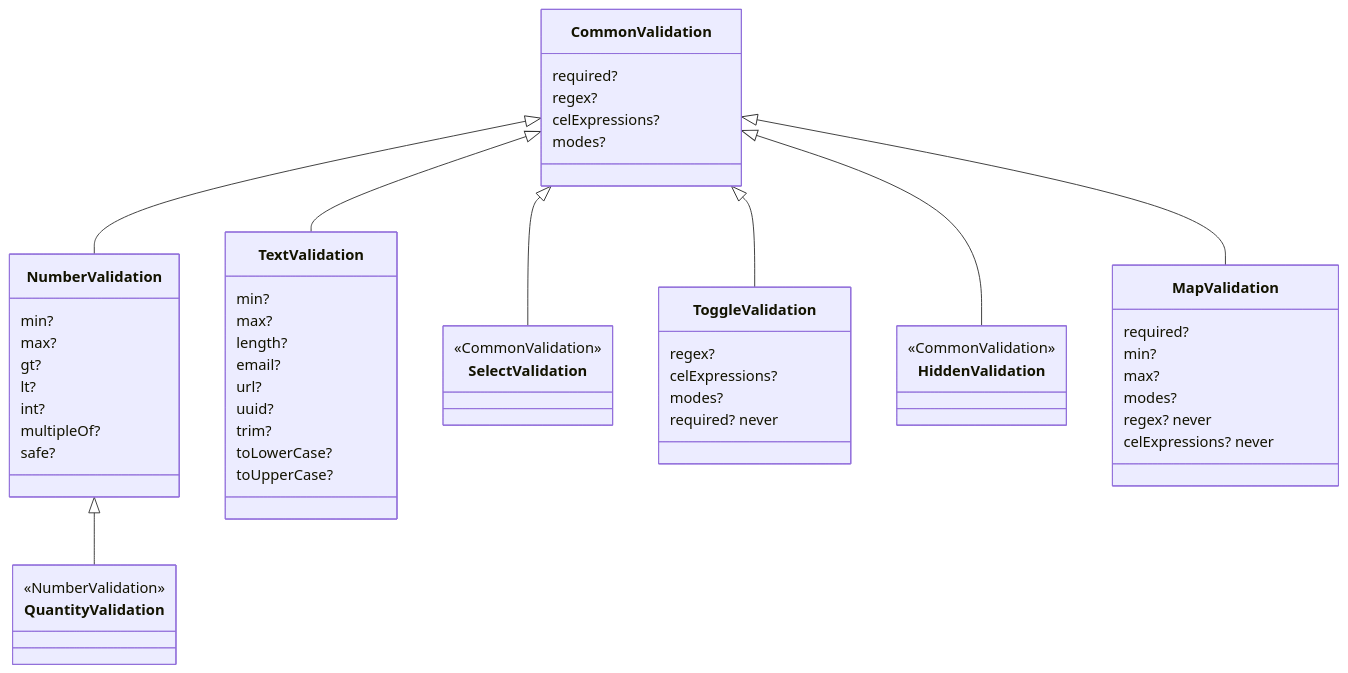
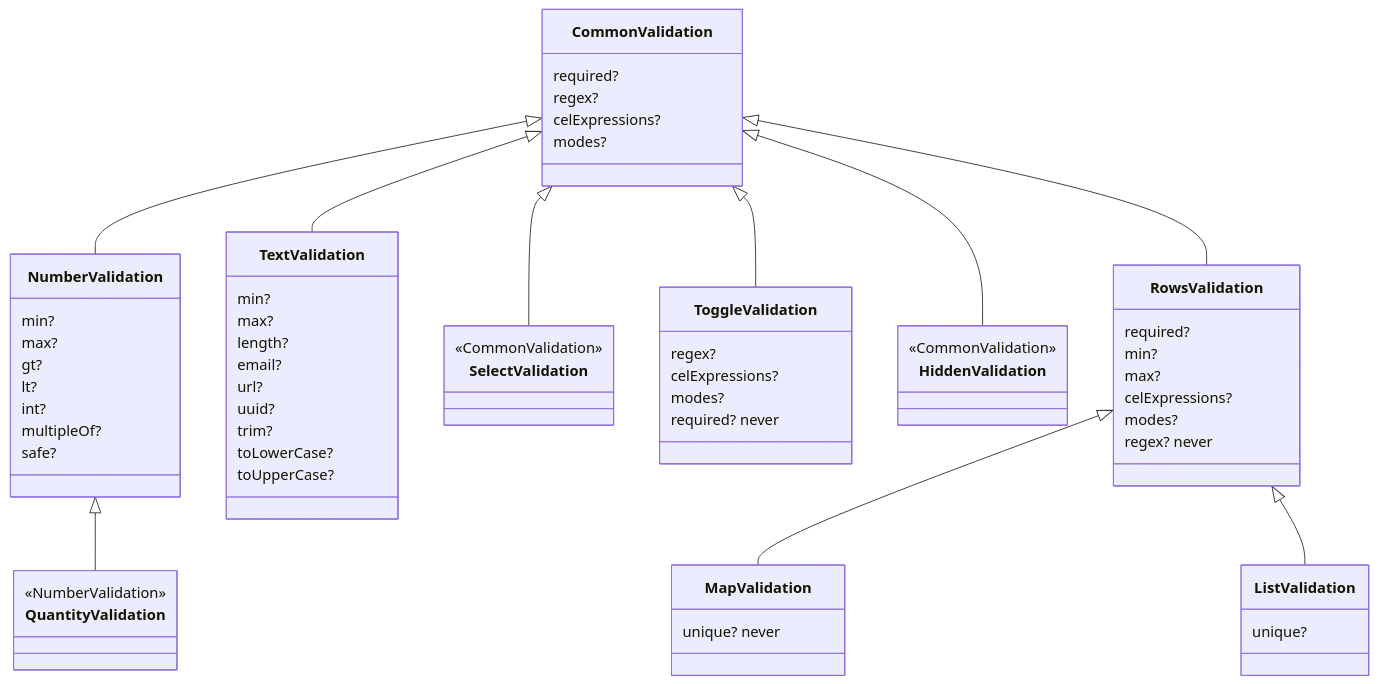
One commit to openeverest/openeverest changed the eighth of 8 diagrams in docs/ui/architecture/ui-generator/schema-reference.md. Above: the diagram before and after it, drawn with Mermaid. The commit also changed other lines of this file and 73 other files, not shown here.

````diff
--- a/docs/ui/architecture/ui-generator/schema-reference.md
+++ b/docs/ui/architecture/ui-generator/schema-reference.md
@@ -232,59 +272,67 @@
 ```mermaid
 classDiagram
   class CommonValidation {
     required?
     regex?
     celExpressions?
     modes?
   }
   class NumberValidation {
     min?
     max?
     gt?
     lt?
     int?
     multipleOf?
     safe?
   }
   class QuantityValidation {
     <<NumberValidation>>
   }
   class TextValidation {
     min?
     max?
     length?
     email?
     url?
     uuid?
     trim?
     toLowerCase?
     toUpperCase?
   }
   class SelectValidation {
     <<CommonValidation>>
   }
   class ToggleValidation {
     regex?
     celExpressions?
     modes?
     required? never
   }
   class HiddenValidation {
     <<CommonValidation>>
   }
-  class MapValidation {
+  class RowsValidation {
     required?
     min?
     max?
+    celExpressions?
     modes?
     regex? never
-    celExpressions? never
+  }
+  class MapValidation {
+    unique? never
+  }
+  class ListValidation {
+    unique?
   }
   CommonValidation <|-- NumberValidation
   NumberValidation <|-- QuantityValidation
   CommonValidation <|-- TextValidation
   CommonValidation <|-- SelectValidation
   CommonValidation <|-- ToggleValidation
   CommonValidation <|-- HiddenValidation
-  CommonValidation <|-- MapValidation
+  CommonValidation <|-- RowsValidation
+  RowsValidation <|-- MapValidation
+  RowsValidation <|-- ListValidation
 ```
````
